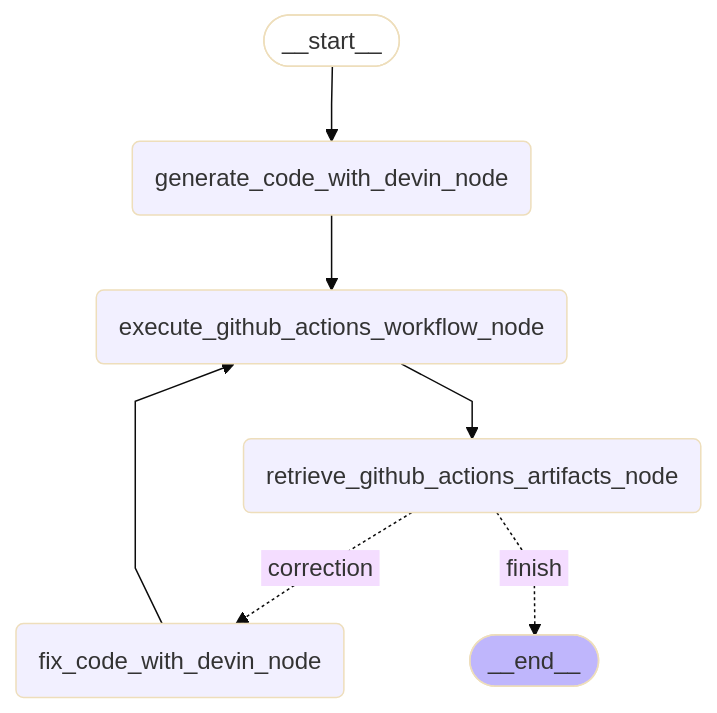
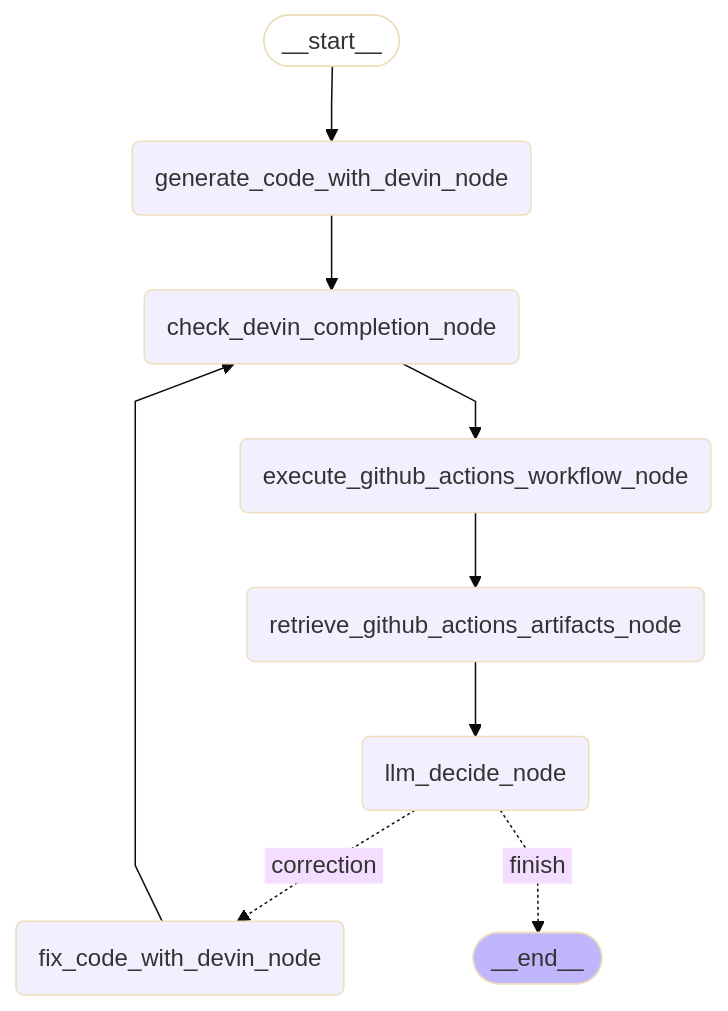
One commit to auto-res/researchgraph changed the diagram in src/researchgraph/executor_subgraph/README.md. Above: the diagram before and after it, drawn with Mermaid (base theme). The commit also changed 19 other files, not shown here.

````diff
--- a/src/researchgraph/executor_subgraph/README.md
+++ b/src/researchgraph/executor_subgraph/README.md
@@ -8,19 +8,23 @@
 ```mermaid
 %%{init: {'flowchart': {'curve': 'linear'}}}%%
 graph TD;
         __start__([<p>__start__</p>]):::first
         generate_code_with_devin_node(generate_code_with_devin_node)
+        check_devin_completion_node(check_devin_completion_node)
         execute_github_actions_workflow_node(execute_github_actions_workflow_node)
         retrieve_github_actions_artifacts_node(retrieve_github_actions_artifacts_node)
+        llm_decide_node(llm_decide_node)
         fix_code_with_devin_node(fix_code_with_devin_node)
         __end__([<p>__end__</p>]):::last
         __start__ --> generate_code_with_devin_node;
+        check_devin_completion_node --> execute_github_actions_workflow_node;
         execute_github_actions_workflow_node --> retrieve_github_actions_artifacts_node;
-        fix_code_with_devin_node --> execute_github_actions_workflow_node;
-        generate_code_with_devin_node --> execute_github_actions_workflow_node;
-        retrieve_github_actions_artifacts_node -. &nbsp;correction&nbsp; .-> fix_code_with_devin_node;
-        retrieve_github_actions_artifacts_node -. &nbsp;finish&nbsp; .-> __end__;
+        fix_code_with_devin_node --> check_devin_completion_node;
+        generate_code_with_devin_node --> check_devin_completion_node;
+        retrieve_github_actions_artifacts_node --> llm_decide_node;
+        llm_decide_node -. &nbsp;correction&nbsp; .-> fix_code_with_devin_node;
+        llm_decide_node -. &nbsp;finish&nbsp; .-> __end__;
         classDef default fill:#f2f0ff,line-height:1.2
         classDef first fill-opacity:0
         classDef last fill:#bfb6fc
 ```
````
